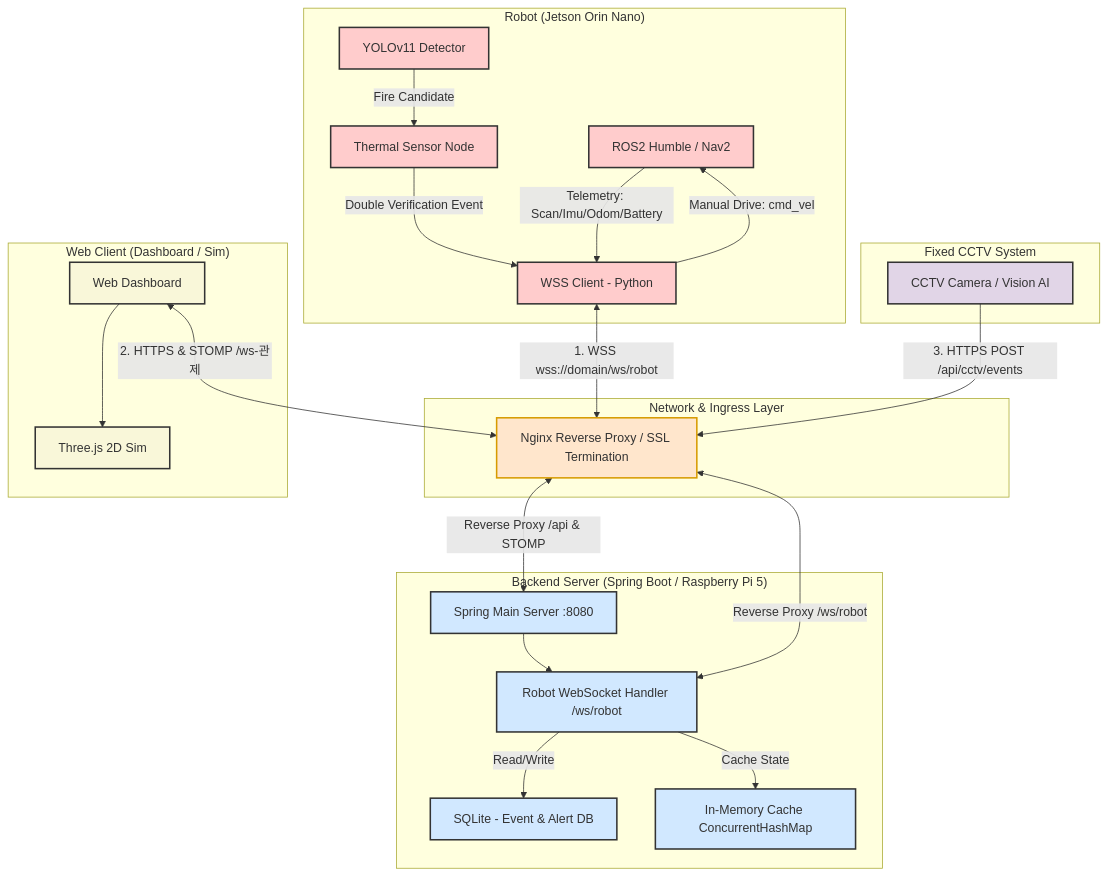
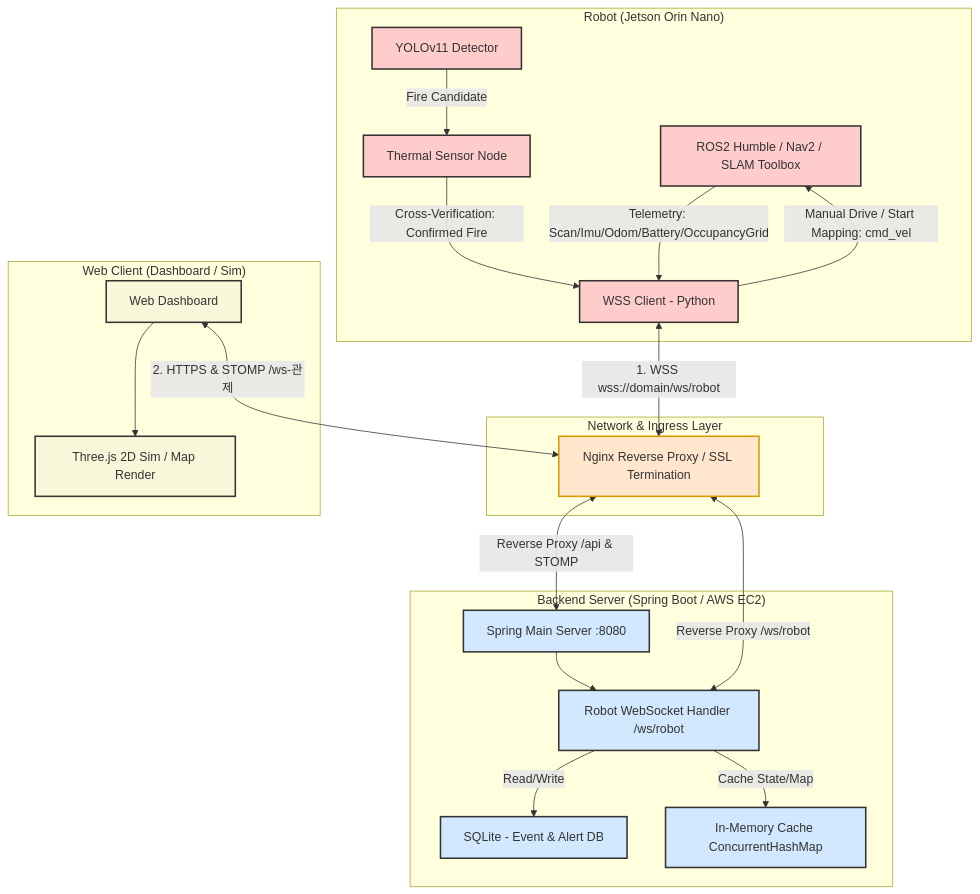
One commit to jinsung-mo/-BBIYONG-autonomous_driving_factory_patrol_robot changed the first of 4 diagrams in docs/architecture_and_api_spec.md. Above: the diagram before and after it, drawn with Mermaid. The commit also changed other lines of this file and 1 other file, not shown here.

First line of the commit message:
[S15P11E101-376] docs: [BE] be_system 스펙 문서 main 동기화 (CCTV 제거본 반영)

````diff
--- a/docs/architecture_and_api_spec.md
+++ b/docs/architecture_and_api_spec.md
@@ -13,60 +13,53 @@
 ```mermaid
 flowchart TD
     subgraph "Robot (Jetson Orin Nano)"
-        ROS2[ROS2 Humble / Nav2]
+        ROS2[ROS2 Humble / Nav2 / SLAM Toolbox]
         YOLO[YOLOv11 Detector]
         ThermalNode[Thermal Sensor Node]
         WssClient[WSS Client - Python]
         
         YOLO -->|Fire Candidate| ThermalNode
-        ThermalNode -->|Double Verification Event| WssClient
-        ROS2 -->|Telemetry: Scan/Imu/Odom/Battery| WssClient
-        WssClient -->|Manual Drive: cmd_vel| ROS2
-    end
-
-    subgraph "Fixed CCTV System"
-        CCTV[CCTV Camera / Vision AI]
+        ThermalNode -->|Cross-Verification: Confirmed Fire| WssClient
+        ROS2 -->|Telemetry: Scan/Imu/Odom/Battery/OccupancyGrid| WssClient
+        WssClient -->|Manual Drive / Start Mapping: cmd_vel| ROS2
     end
 
     subgraph "Network & Ingress Layer"
         Nginx[Nginx Reverse Proxy / SSL Termination]
     end
 
-    subgraph "Backend Server (Spring Boot / Raspberry Pi 5)"
+    subgraph "Backend Server (Spring Boot / AWS EC2)"
         Spring[Spring Main Server :8080]
         WssEndpoint[Robot WebSocket Handler /ws/robot]
         SQLite[SQLite - Event & Alert DB]
         InMemory[In-Memory Cache ConcurrentHashMap]
         
         WssEndpoint -->|Read/Write| SQLite
-        WssEndpoint -->|Cache State| InMemory
+        WssEndpoint -->|Cache State/Map| InMemory
         Spring --> WssEndpoint
     end
 
     subgraph "Web Client (Dashboard / Sim)"
         WebClient[Web Dashboard]
-        ThreeJS[Three.js 2D Sim]
+        ThreeJS[Three.js 2D Sim / Map Render]
         
         WebClient --> ThreeJS
     end
 
     %% Flow Connections via Nginx Ingress
     WssClient <-->|1. WSS wss://domain/ws/robot| Nginx
     WebClient <-->|2. HTTPS & STOMP /ws-관제| Nginx
-    CCTV -->|3. HTTPS POST /api/cctv/events| Nginx
     
     Nginx <-->|Reverse Proxy /ws/robot| WssEndpoint
     Nginx <-->|Reverse Proxy /api & STOMP| Spring
 
     classDef robot fill:#ffcccc,stroke:#333,stroke-width:2px,color:#333
     classDef backend fill:#d1e8ff,stroke:#333,stroke-width:2px,color:#333
     classDef web fill:#f9f7d9,stroke:#333,stroke-width:2px,color:#333
-    classDef cctv fill:#e1d5e7,stroke:#333,stroke-width:2px,color:#333
     classDef ingress fill:#ffe6cc,stroke:#d79b00,stroke-width:2px,color:#333
 
     class ROS2,YOLO,ThermalNode,WssClient robot
     class Spring,WssEndpoint,SQLite,InMemory backend
     class WebClient,ThreeJS web
-    class CCTV cctv
     class Nginx ingress
 ```
````
